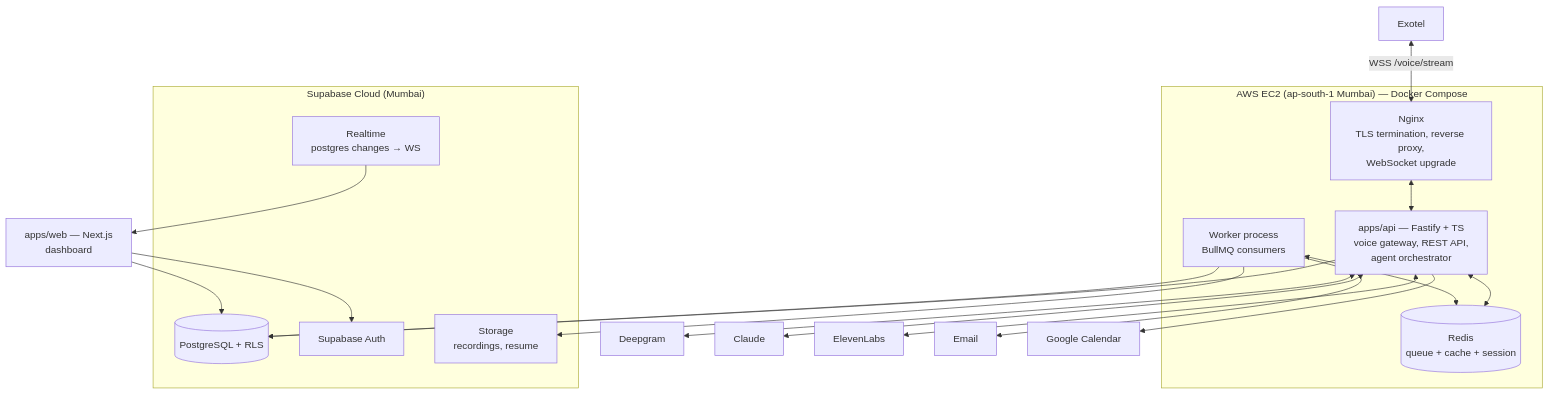
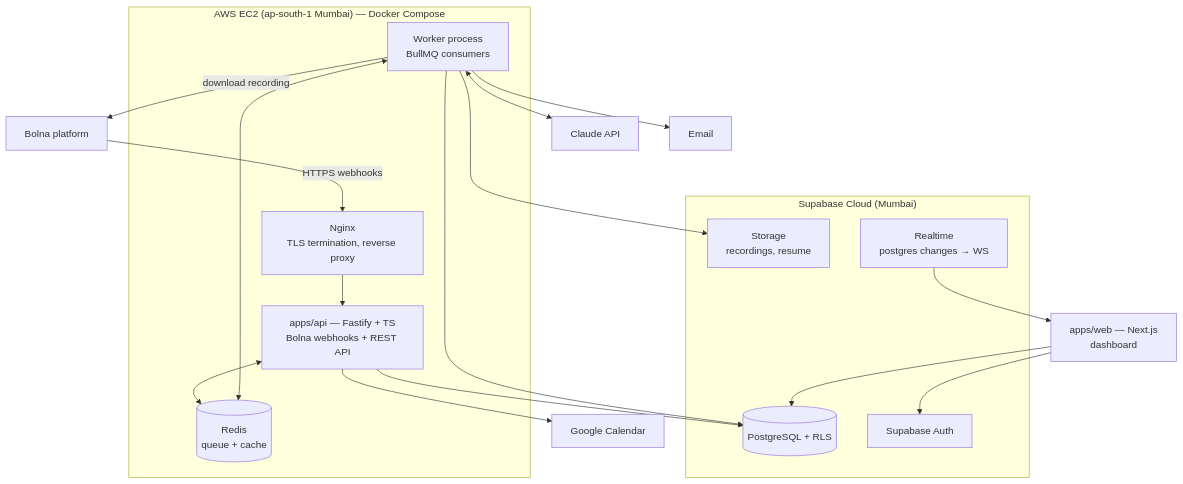
The second of 5 diagrams in docs/01_SYSTEM_ARCHITECTURE.md (gandhi120/RecruitPilot_AI), drawn with Mermaid before and after one commit. The commit also changed other lines of this file and 34 other files, not shown here.

First line of the commit message:
docs: pivot voice stack to Bolna; archive DIY vendor docs as phase-2 reference

````diff
--- a/docs/01_SYSTEM_ARCHITECTURE.md
+++ b/docs/01_SYSTEM_ARCHITECTURE.md
@@ -96,31 +99,30 @@
 ```mermaid
 flowchart TB
     subgraph EC2["AWS EC2 (ap-south-1 Mumbai) — Docker Compose"]
-        NGINX[Nginx<br/>TLS termination, reverse proxy,<br/>WebSocket upgrade]
-        API[apps/api — Fastify + TS<br/>voice gateway, REST API,<br/>agent orchestrator]
+        NGINX[Nginx<br/>TLS termination, reverse proxy]
+        API[apps/api — Fastify + TS<br/>Bolna webhooks + REST API]
         WORKER[Worker process<br/>BullMQ consumers]
-        REDIS[(Redis<br/>queue + cache + session)]
+        REDIS[(Redis<br/>queue + cache)]
     end
     subgraph SUPA["Supabase Cloud (Mumbai)"]
         PG[(PostgreSQL + RLS)]
         AUTH[Supabase Auth]
         STOR[Storage<br/>recordings, resume]
         RT[Realtime<br/>postgres changes → WS]
     end
     WEB[apps/web — Next.js<br/>dashboard]
-    EXO[Exotel] <-->|WSS /voice/stream| NGINX
-    NGINX <--> API
+    BOLNA[Bolna platform] -->|HTTPS webhooks| NGINX
+    NGINX --> API
     API <--> REDIS
     WORKER <--> REDIS
     API --> PG
     WORKER --> PG
     WORKER --> STOR
+    WORKER -->|download recording| BOLNA
+    WORKER <--> CLA[Claude API]
     WEB --> AUTH
     WEB --> PG
     RT --> WEB
-    API <--> DG[Deepgram]
-    API <--> CLA[Claude]
-    API <--> EL[ElevenLabs]
     WORKER --> MAIL[Email]
     API --> GCAL[Google Calendar]
 ```
````
